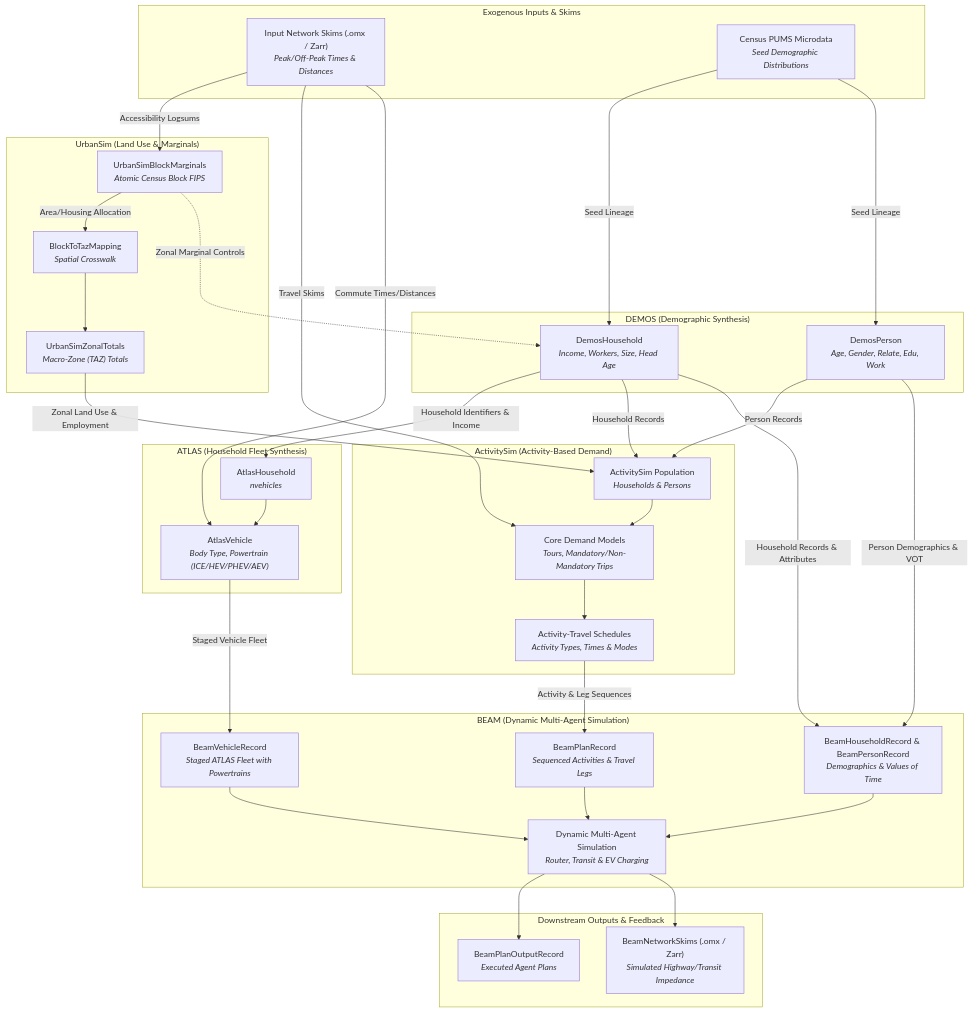
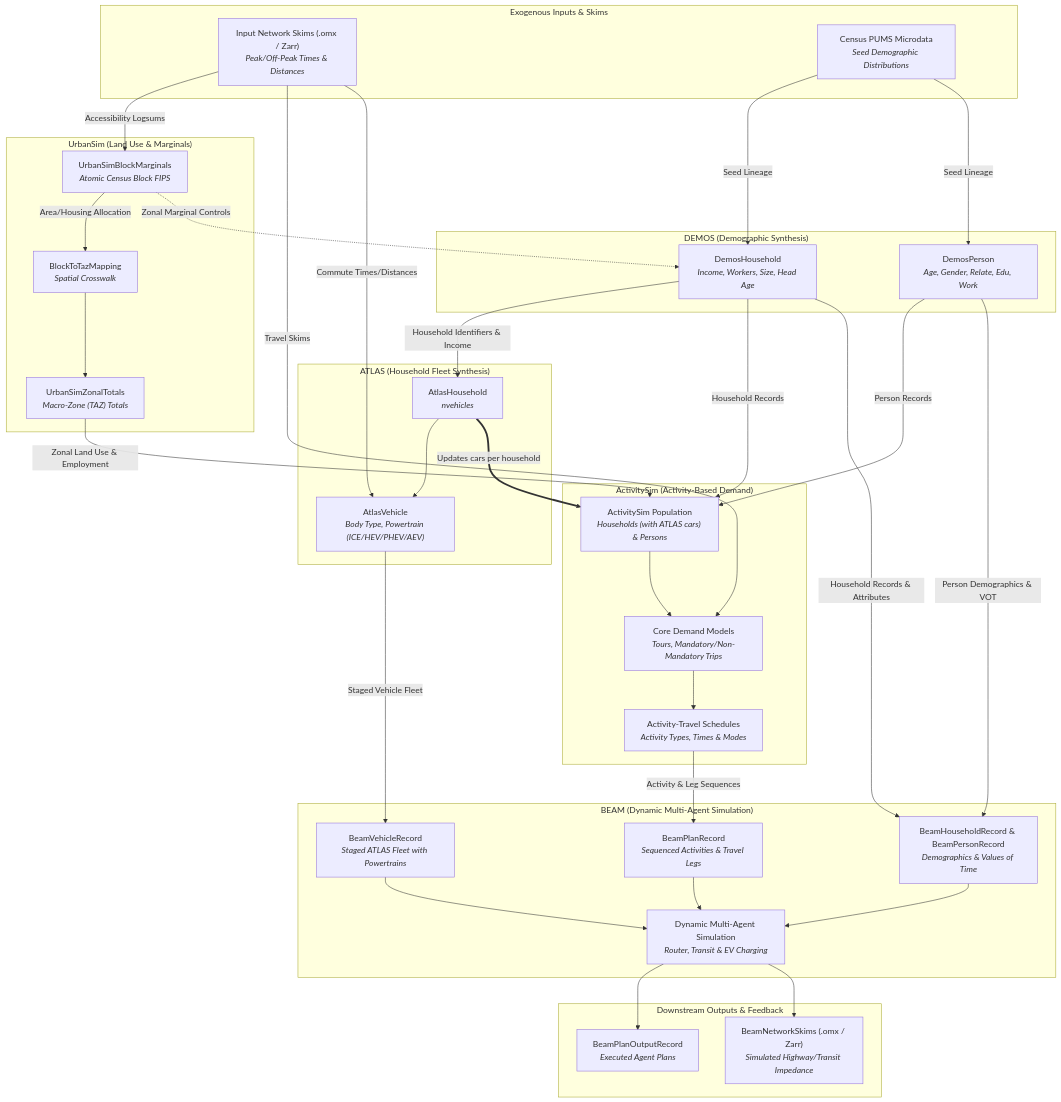
The second of 8 diagrams in docs/cross-model-mappings/deliverable_1_uml.md (LBNL-UCB-STI/synergy-schema), drawn with Mermaid before and after one commit. The commit also changed other lines of this file and 8 other files, not shown here.

Commit message:
feat: represent ATLAS vehicle count updates to ActivitySim household input

````diff
--- a/docs/cross-model-mappings/deliverable_1_uml.md
+++ b/docs/cross-model-mappings/deliverable_1_uml.md
@@ -78,74 +78,75 @@
     ```mermaid
     flowchart TD
         subgraph Inputs_B ["Exogenous Inputs & Skims"]
             SkimsIn_B["Input Network Skims (.omx / Zarr)<br/><i>Peak/Off-Peak Times & Distances</i>"]
             PUMS_B["Census PUMS Microdata<br/><i>Seed Demographic Distributions</i>"]
         end
 
         subgraph UrbanSim_B ["UrbanSim (Land Use & Marginals)"]
             US_Block_B["UrbanSimBlockMarginals<br/><i>Atomic Census Block FIPS</i>"]
             US_Map_B["BlockToTazMapping<br/><i>Spatial Crosswalk</i>"]
             US_Zone_B["UrbanSimZonalTotals<br/><i>Macro-Zone (TAZ) Totals</i>"]
         end
 
         subgraph DEMOS_B ["DEMOS (Demographic Synthesis)"]
             DEMOS_HH_B["DemosHousehold<br/><i>Income, Workers, Size, Head Age</i>"]
             DEMOS_P_B["DemosPerson<br/><i>Age, Gender, Relate, Edu, Work</i>"]
         end
 
         subgraph ATLAS_B ["ATLAS (Household Fleet Synthesis)"]
             ATLAS_HH_B["AtlasHousehold<br/><i>nvehicles</i>"]
             ATLAS_V_B["AtlasVehicle<br/><i>Body Type, Powertrain (ICE/HEV/PHEV/AEV)</i>"]
         end
 
         subgraph ActivitySim ["ActivitySim (Activity-Based Demand)"]
-            AS_Pop["ActivitySim Population<br/><i>Households & Persons</i>"]
+            AS_Pop["ActivitySim Population<br/><i>Households (with ATLAS cars) & Persons</i>"]
             AS_Core["Core Demand Models<br/><i>Tours, Mandatory/Non-Mandatory Trips</i>"]
             AS_Plans["Activity-Travel Schedules<br/><i>Activity Types, Times & Modes</i>"]
         end
 
         subgraph BEAM ["BEAM (Dynamic Multi-Agent Simulation)"]
             BEAM_Pop["BeamHouseholdRecord & BeamPersonRecord<br/><i>Demographics & Values of Time</i>"]
             BEAM_Veh["BeamVehicleRecord<br/><i>Staged ATLAS Fleet with Powertrains</i>"]
             BEAM_Plans["BeamPlanRecord<br/><i>Sequenced Activities & Travel Legs</i>"]
             BEAM_Sim["Dynamic Multi-Agent Simulation<br/><i>Router, Transit & EV Charging</i>"]
         end
 
         subgraph Outputs_B ["Downstream Outputs & Feedback"]
             BEAM_Out["BeamPlanOutputRecord<br/><i>Executed Agent Plans</i>"]
             BEAM_Skims["BeamNetworkSkims (.omx / Zarr)<br/><i>Simulated Highway/Transit Impedance</i>"]
         end
 
         %% Connections
         SkimsIn_B -->|Accessibility Logsums| US_Block_B
         SkimsIn_B -->|Travel Skims| AS_Core
         SkimsIn_B -->|Commute Times/Distances| ATLAS_V_B
         PUMS_B -->|Seed Lineage| DEMOS_HH_B
         PUMS_B -->|Seed Lineage| DEMOS_P_B
 
         US_Block_B -->|Area/Housing Allocation| US_Map_B
         US_Map_B --> US_Zone_B
         US_Zone_B -->|Zonal Land Use & Employment| AS_Pop
         US_Block_B -.->|Zonal Marginal Controls| DEMOS_HH_B
 
         DEMOS_HH_B -->|Household Identifiers & Income| ATLAS_HH_B
         DEMOS_HH_B -->|Household Records| AS_Pop
         DEMOS_P_B -->|Person Records| AS_Pop
 
         ATLAS_HH_B --> ATLAS_V_B
+        ATLAS_HH_B ==>|Updates cars per household| AS_Pop
         ATLAS_V_B -->|Staged Vehicle Fleet| BEAM_Veh
 
         AS_Pop --> AS_Core
         AS_Core --> AS_Plans
 
         DEMOS_HH_B -->|Household Records & Attributes| BEAM_Pop
         DEMOS_P_B -->|Person Demographics & VOT| BEAM_Pop
         AS_Plans -->|Activity & Leg Sequences| BEAM_Plans
 
         BEAM_Pop --> BEAM_Sim
         BEAM_Veh --> BEAM_Sim
         BEAM_Plans --> BEAM_Sim
 
         BEAM_Sim --> BEAM_Out
         BEAM_Sim --> BEAM_Skims
     ```
````
